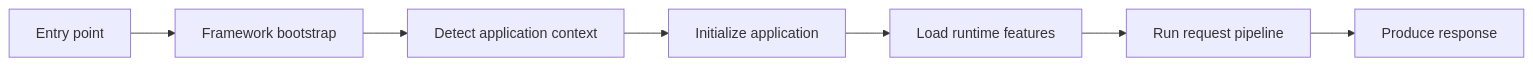
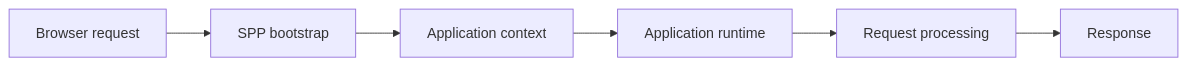
Before and after one commit to shuklasp/spp: the first of 7 diagrams in documentation/handbook/13-request-lifecycle.md, drawn with Mermaid. The commit also changed other lines of this file, not shown here.

````diff
--- a/documentation/handbook/13-request-lifecycle.md
+++ b/documentation/handbook/13-request-lifecycle.md
@@ -21,9 +53,8 @@
 ```mermaid
 flowchart LR
-    A[Entry point] --> B[Framework bootstrap]
-    B --> C[Detect application context]
-    C --> D[Initialize application]
-    D --> E[Load runtime features]
-    E --> F[Run request pipeline]
-    F --> G[Produce response]
+    A[Browser request] --> B[SPP bootstrap]
+    B --> C[Application context]
+    C --> D[Application runtime]
+    D --> E[Request processing]
+    E --> F[Response]
 ```
````
